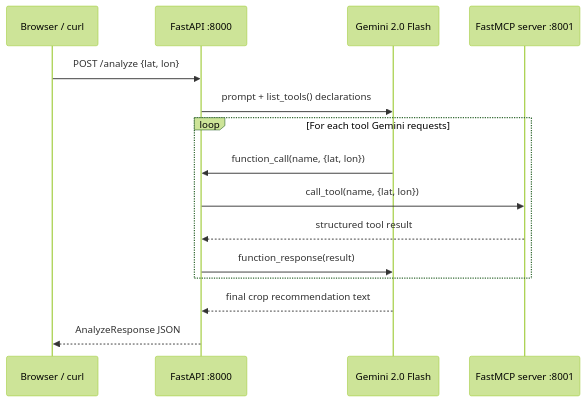
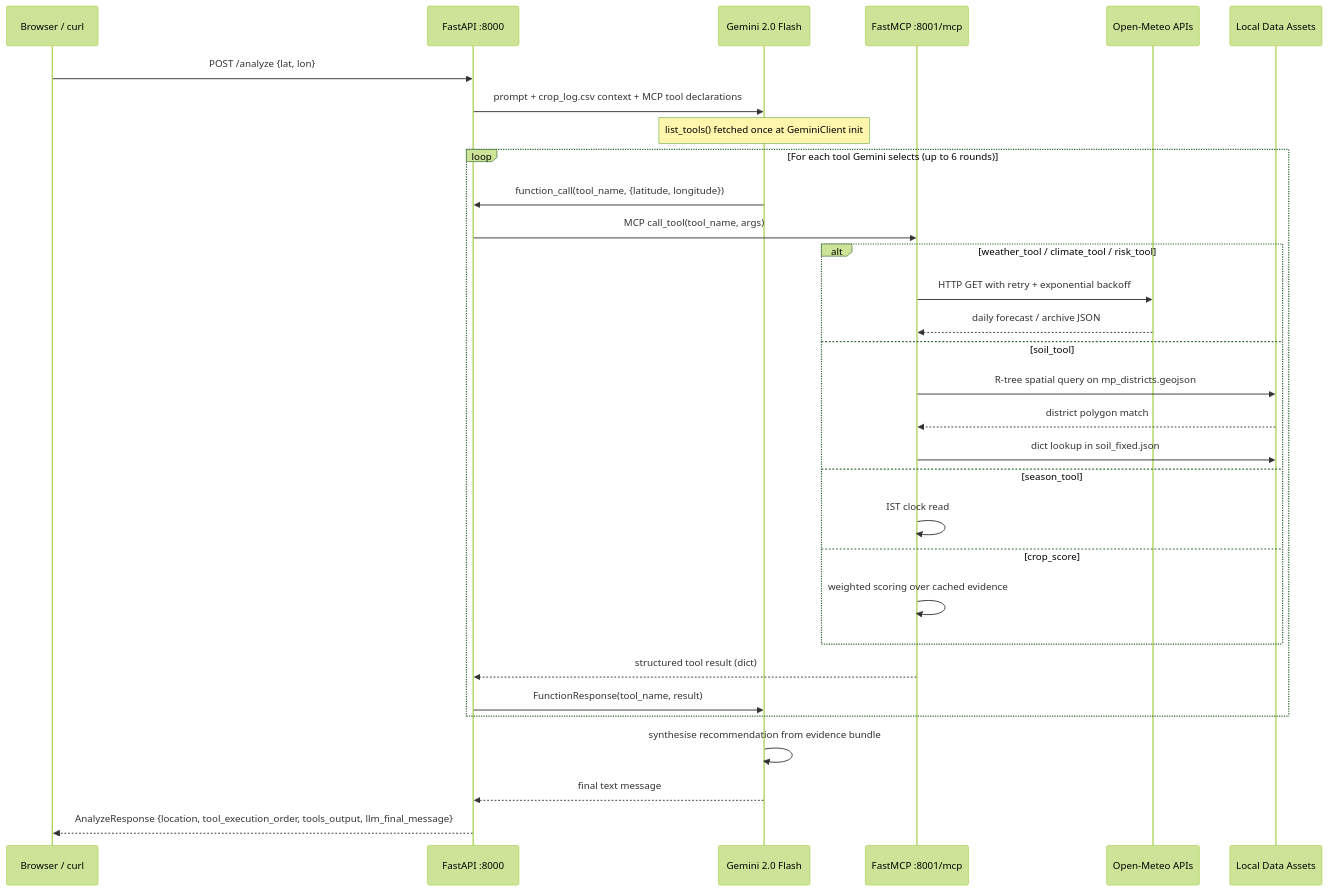
One commit to AbhinavKumar0000/MCP-for-Farmers changed the first of 7 diagrams in README.md. Above: the diagram before and after it, drawn with Mermaid (forest theme). The commit also changed other lines of this file, not shown here.

````diff
--- a/README.md
+++ b/README.md
@@ -106,18 +115,36 @@
 ```mermaid
 sequenceDiagram
-    participant UI as Browser / curl
-    participant API as FastAPI :8000
-    participant GEM as Gemini 2.0 Flash
-    participant MCP as FastMCP server :8001
+    participant C as Browser / curl
+    participant F as FastAPI :8000
+    participant G as Gemini 2.0 Flash
+    participant M as FastMCP :8001/mcp
+    participant O as Open-Meteo APIs
+    participant D as Local Data Assets
 
-    UI->>API: POST /analyze {lat, lon}
-    API->>GEM: prompt + list_tools() declarations
-    loop For each tool Gemini requests
-        GEM->>API: function_call(name, {lat, lon})
-        API->>MCP: call_tool(name, {lat, lon})
-        MCP-->>API: structured tool result
-        API->>GEM: function_response(result)
+    C->>F: POST /analyze {lat, lon}
+    F->>G: prompt + crop_log.csv context + MCP tool declarations
+    Note over G: list_tools() fetched once at GeminiClient init
+
+    loop For each tool Gemini selects (up to 6 rounds)
+        G->>F: function_call(tool_name, {latitude, longitude})
+        F->>M: MCP call_tool(tool_name, args)
+        alt weather_tool / climate_tool / risk_tool
+            M->>O: HTTP GET with retry + exponential backoff
+            O-->>M: daily forecast / archive JSON
+        else soil_tool
+            M->>D: R-tree spatial query on mp_districts.geojson
+            D-->>M: district polygon match
+            M->>D: dict lookup in soil_fixed.json
+        else season_tool
+            M->>M: IST clock read
+        else crop_score
+            M->>M: weighted scoring over cached evidence
+        end
+        M-->>F: structured tool result (dict)
+        F->>G: FunctionResponse(tool_name, result)
     end
-    GEM-->>API: final crop recommendation text
-    API-->>UI: AnalyzeResponse JSON
+
+    G->>G: synthesise recommendation from evidence bundle
+    G-->>F: final text message
+    F-->>C: AnalyzeResponse {location, tool_execution_order, tools_output, llm_final_message}
 ```
````
